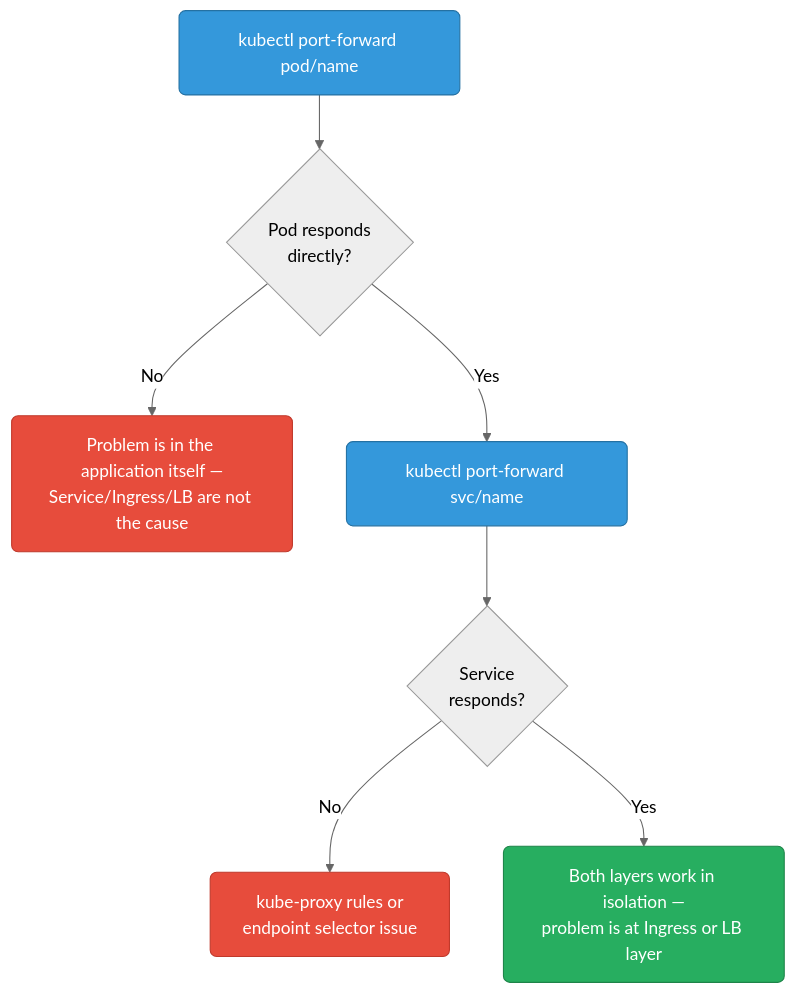
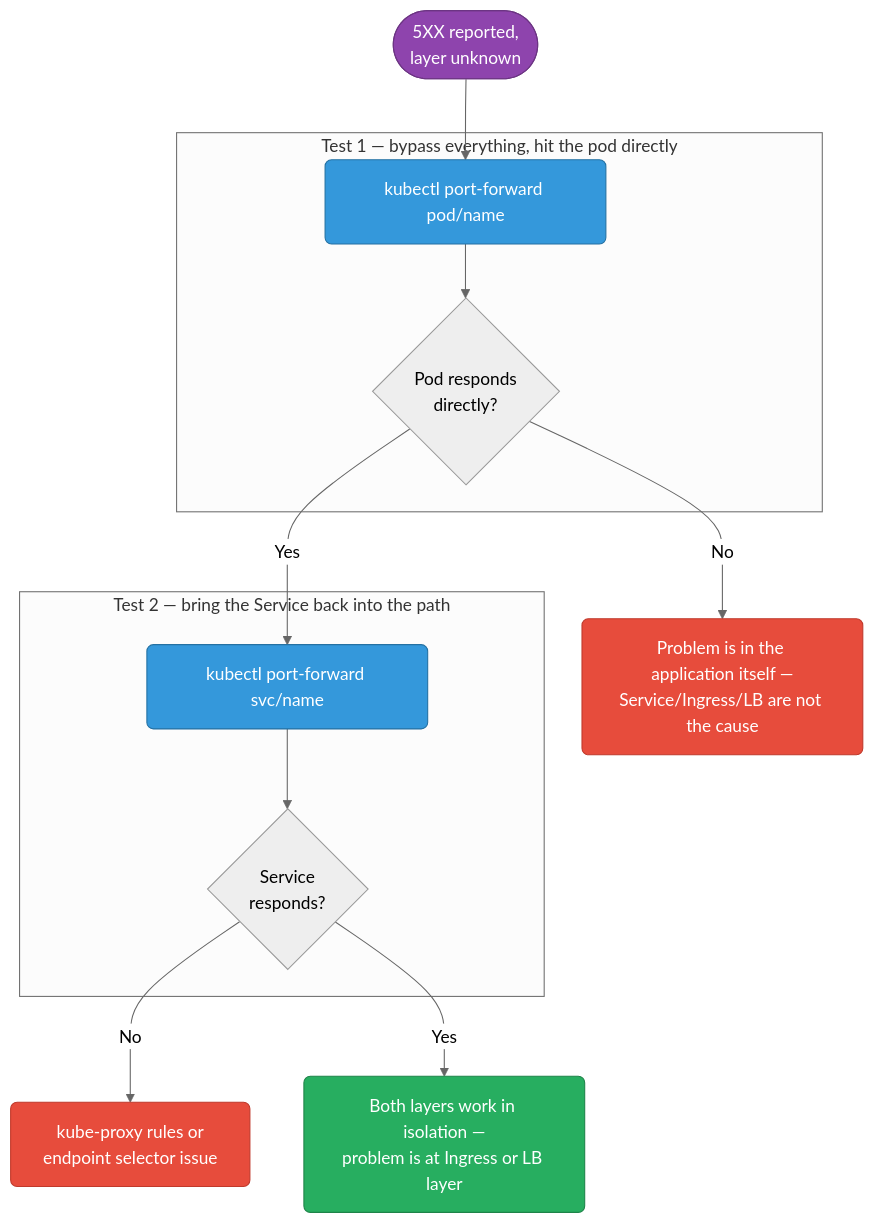
Before and after one commit to deepanshu-rawat6/DevOpsIndex: the third of 4 diagrams in sre/k8s-debugging.md, drawn with Mermaid (neutral theme). The commit also changed other lines of this file and 7 other files, not shown here.

````diff
--- a/sre/k8s-debugging.md
+++ b/sre/k8s-debugging.md
@@ -671,13 +730,23 @@
 ```mermaid
 flowchart TD
     classDef test fill:#3498db,stroke:#2471a3,color:#fff,rx:6
     classDef good fill:#27ae60,stroke:#1e8449,color:#fff,rx:6
     classDef bad fill:#e74c3c,stroke:#c0392b,color:#fff,rx:6
+    classDef verdict fill:#8e44ad,stroke:#6c3483,color:#fff,rx:6
 
-    PODPF["kubectl port-forward pod/name"]:::test --> PODRESULT{"Pod responds<br/>directly?"}
+    START(["5XX reported,<br/>layer unknown"]):::verdict --> PODPF
+
+    subgraph TEST1["Test 1 — bypass everything, hit the pod directly"]
+        PODPF["kubectl port-forward pod/name"]:::test --> PODRESULT{"Pod responds<br/>directly?"}
+    end
+
     PODRESULT -->|No| APPBUG["Problem is in the application itself —<br/>Service/Ingress/LB are not the cause"]:::bad
-    PODRESULT -->|Yes| SVCPF["kubectl port-forward svc/name"]:::test
-    SVCPF --> SVCRESULT{"Service<br/>responds?"}
+    PODRESULT -->|Yes| SVCPF
+
+    subgraph TEST2["Test 2 — bring the Service back into the path"]
+        SVCPF["kubectl port-forward svc/name"]:::test --> SVCRESULT{"Service<br/>responds?"}
+    end
+
     SVCRESULT -->|No| PROXY["kube-proxy rules or<br/>endpoint selector issue"]:::bad
     SVCRESULT -->|Yes| LBISSUE["Both layers work in isolation —<br/>problem is at Ingress or LB layer"]:::good
 ```
````
